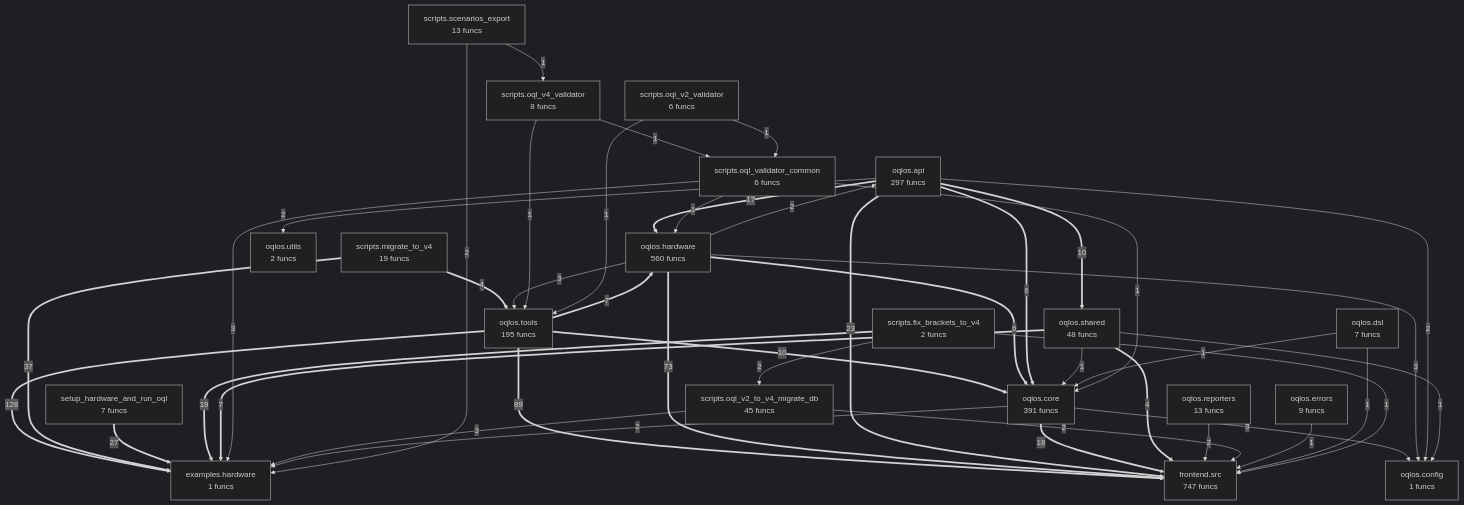
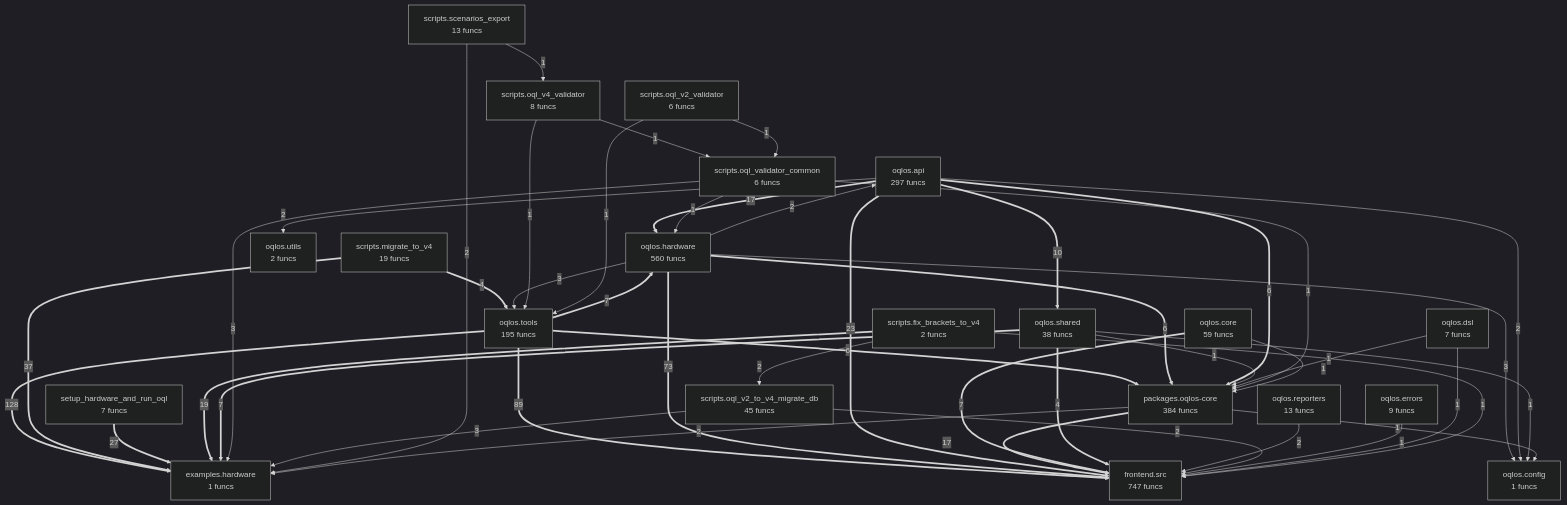
One commit to oqlos/oqlos changed the diagram in project/compact_flow.mmd. Above: the diagram before and after it, drawn with Mermaid (dark theme). The commit also changed 34 other files, not shown here.

```diff
--- a/project/compact_flow.mmd
+++ b/project/compact_flow.mmd
@@ -1,65 +1,68 @@
 flowchart TD
-%% generated in 0.07s
+%% generated in 0.08s
     examples__hardware["examples.hardware<br/>1 funcs"]
     frontend__src["frontend.src<br/>747 funcs"]
     oqlos__api["oqlos.api<br/>297 funcs"]
     oqlos__config["oqlos.config<br/>1 funcs"]
-    oqlos__core["oqlos.core<br/>391 funcs"]
+    oqlos__core["oqlos.core<br/>59 funcs"]
     oqlos__dsl["oqlos.dsl<br/>7 funcs"]
     oqlos__errors["oqlos.errors<br/>9 funcs"]
     oqlos__hardware["oqlos.hardware<br/>560 funcs"]
     oqlos__reporters["oqlos.reporters<br/>13 funcs"]
-    oqlos__shared["oqlos.shared<br/>48 funcs"]
+    oqlos__shared["oqlos.shared<br/>38 funcs"]
     oqlos__tools["oqlos.tools<br/>195 funcs"]
     oqlos__utils["oqlos.utils<br/>2 funcs"]
+    packages__oqlos_core["packages.oqlos-core<br/>384 funcs"]
     scripts__fix_brackets_to_v4["scripts.fix_brackets_to_v4<br/>2 funcs"]
     scripts__migrate_to_v4["scripts.migrate_to_v4<br/>19 funcs"]
     scripts__oql_v2_to_v4_migrate_db["scripts.oql_v2_to_v4_migrate_db<br/>45 funcs"]
     scripts__oql_v2_validator["scripts.oql_v2_validator<br/>6 funcs"]
     scripts__oql_v4_validator["scripts.oql_v4_validator<br/>8 funcs"]
     scripts__oql_validator_common["scripts.oql_validator_common<br/>6 funcs"]
     scripts__scenarios_export["scripts.scenarios_export<br/>13 funcs"]
     setup_hardware_and_run_oql["setup_hardware_and_run_oql<br/>7 funcs"]
     oqlos__tools ==>|128| examples__hardware
     oqlos__tools ==>|89| frontend__src
     oqlos__hardware ==>|73| frontend__src
     scripts__migrate_to_v4 ==>|37| examples__hardware
     setup_hardware_and_run_oql ==>|27| examples__hardware
     oqlos__api ==>|23| frontend__src
     scripts__fix_brackets_to_v4 ==>|19| examples__hardware
-    oqlos__core ==>|18| frontend__src
     oqlos__api ==>|17| oqlos__hardware
-    oqlos__tools ==>|10| oqlos__core
+    packages__oqlos_core ==>|17| frontend__src
     oqlos__api ==>|10| oqlos__shared
     oqlos__tools ==>|7| oqlos__hardware
     oqlos__shared ==>|7| examples__hardware
-    oqlos__hardware ==>|6| oqlos__core
-    oqlos__api ==>|6| oqlos__core
+    oqlos__core ==>|7| frontend__src
+    oqlos__tools ==>|6| packages__oqlos_core
+    oqlos__hardware ==>|6| packages__oqlos_core
+    oqlos__api ==>|6| packages__oqlos_core
     oqlos__shared ==>|4| frontend__src
     scripts__migrate_to_v4 ==>|4| oqlos__tools
-    oqlos__core -->|3| oqlos__config
     oqlos__hardware -->|3| oqlos__config
     oqlos__hardware -->|3| oqlos__tools
     scripts__oql_validator_common -->|3| examples__hardware
     scripts__oql_v2_to_v4_migrate_db -->|3| examples__hardware
-    oqlos__core -->|2| examples__hardware
     oqlos__hardware -->|2| oqlos__api
     oqlos__reporters -->|2| frontend__src
     oqlos__api -->|2| oqlos__utils
     oqlos__api -->|2| oqlos__config
     scripts__fix_brackets_to_v4 -->|2| scripts__oql_v2_to_v4_migrate_db
     scripts__oql_v2_to_v4_migrate_db -->|2| frontend__src
     scripts__scenarios_export -->|2| examples__hardware
+    packages__oqlos_core -->|2| examples__hardware
     oqlos__errors -->|1| frontend__src
-    oqlos__shared -->|1| oqlos__core
+    oqlos__shared -->|1| packages__oqlos_core
     oqlos__shared -->|1| oqlos__config
-    oqlos__dsl -->|1| oqlos__core
+    oqlos__dsl -->|1| packages__oqlos_core
     oqlos__dsl -->|1| frontend__src
-    scripts__oql_validator_common -->|1| oqlos__core
+    scripts__oql_validator_common -->|1| packages__oqlos_core
     scripts__oql_validator_common -->|1| oqlos__hardware
     scripts__oql_v4_validator -->|1| oqlos__tools
     scripts__oql_v4_validator -->|1| scripts__oql_validator_common
     scripts__fix_brackets_to_v4 -->|1| frontend__src
     scripts__oql_v2_validator -->|1| oqlos__tools
     scripts__oql_v2_validator -->|1| scripts__oql_validator_common
     scripts__scenarios_export -->|1| scripts__oql_v4_validator
+    packages__oqlos_core -->|1| oqlos__config
+    oqlos__core -->|1| packages__oqlos_core
```
